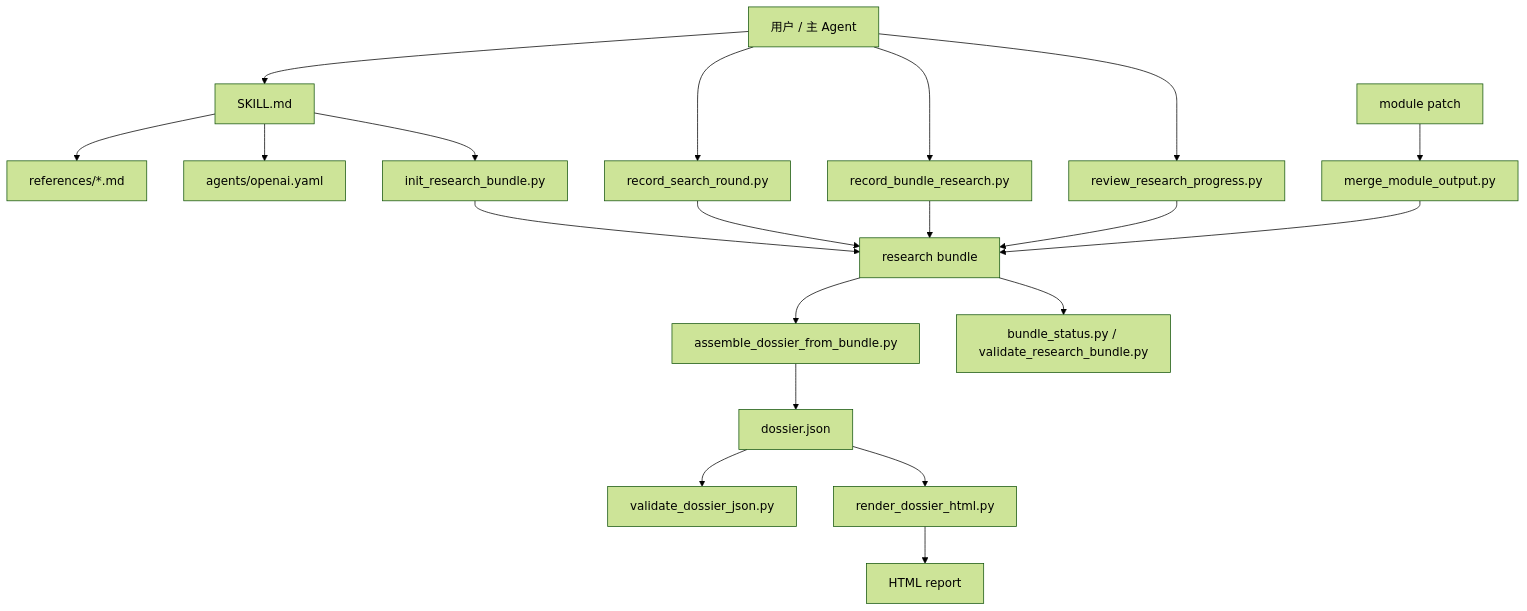
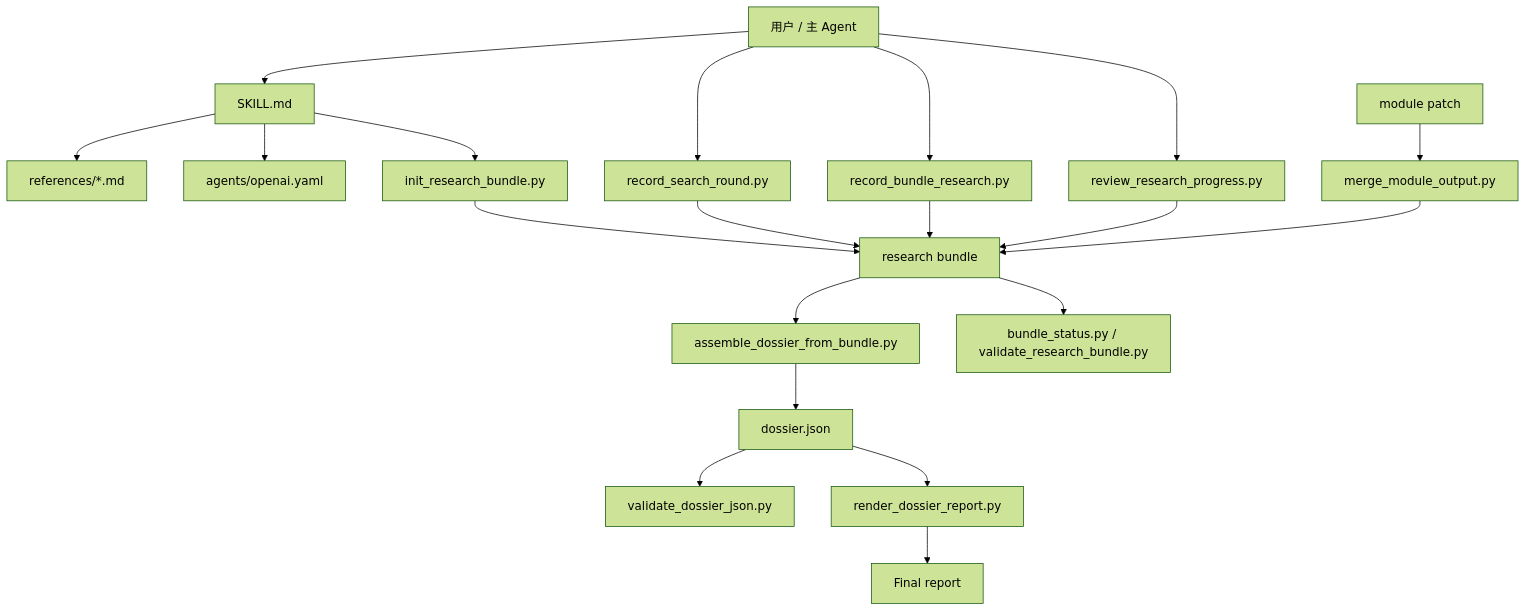
Before and after one commit to prefect12/investment_research: the diagram in README.md, drawn with Mermaid (forest theme). The commit also changed other lines of this file and 21 other files, not shown here.

````diff
--- a/README.md
+++ b/README.md
@@ -105,29 +112,29 @@
 ```mermaid
 flowchart TD
     A["用户 / 主 Agent"] --> B["SKILL.md"]
     B --> C["references/*.md"]
     B --> D["agents/openai.yaml"]
     B --> E["init_research_bundle.py"]
 
     E --> F["research bundle"]
 
     A --> G["record_search_round.py"]
     G --> F
 
     A --> H["record_bundle_research.py"]
     H --> F
 
     A --> I["review_research_progress.py"]
     I --> F
 
     J["module patch"] --> K["merge_module_output.py"]
     K --> F
 
     F --> L["assemble_dossier_from_bundle.py"]
     L --> M["dossier.json"]
     M --> N["validate_dossier_json.py"]
-    M --> O["render_dossier_html.py"]
-    O --> P["HTML report"]
+    M --> O["render_dossier_report.py"]
+    O --> P["Final report"]
 
     F --> Q["bundle_status.py / validate_research_bundle.py"]
 ```
````
